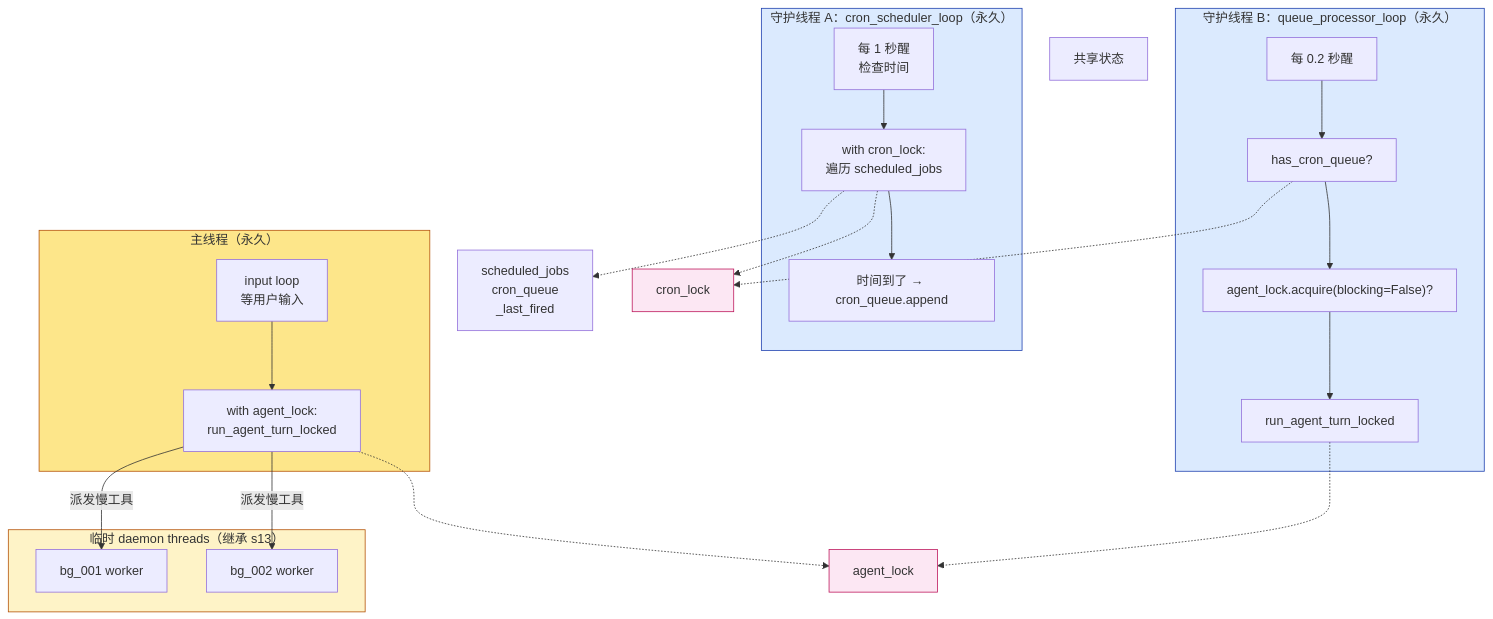
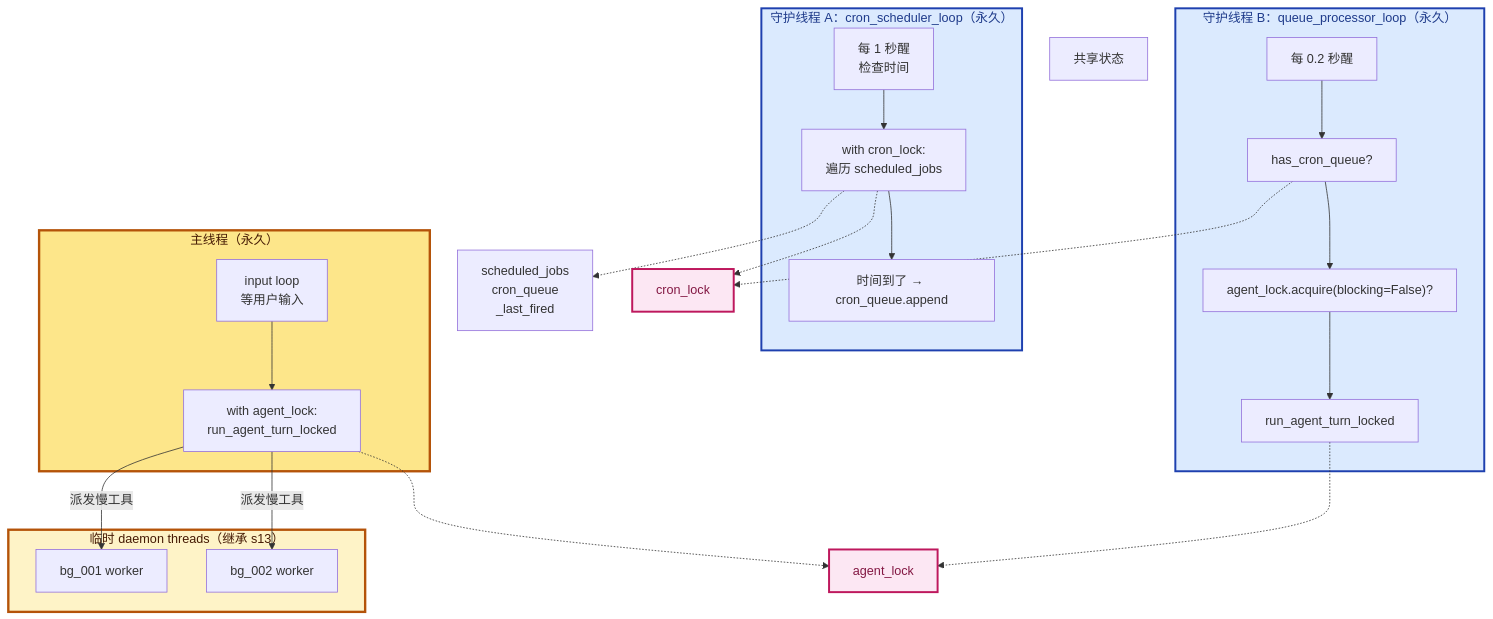
Before and after one commit to PyrePuin/From-Zero-LLM-Agent-Infra-Notes: the third of 3 diagrams in Agent/Harness/Claude Code/Phase 4 - 长时间任务/14 - Cron Scheduler.md, drawn with Mermaid. The commit also changed other lines of this file and 23 other files, not shown here.

First line of the commit message:
refactor(mermaid): 统一所有图的视觉规范

````diff
--- a/Agent/Harness/Claude Code/Phase 4 - 长时间任务/14 - Cron Scheduler.md
+++ b/Agent/Harness/Claude Code/Phase 4 - 长时间任务/14 - Cron Scheduler.md
@@ -468,49 +470,50 @@
 ```mermaid
+%%{init: {'themeVariables': {'fontSize': '16px', 'fontFamily': 'ui-sans-serif, system-ui, -apple-system, "Segoe UI", Roboto, sans-serif'}}}%%
 flowchart TB
     subgraph Main["主线程（永久）"]
         M1["input loop<br/>等用户输入"]
         M2["with agent_lock:<br/>run_agent_turn_locked"]
         M1 --> M2
     end
 
     subgraph Scheduler["守护线程 A：cron_scheduler_loop（永久）"]
         S1["每 1 秒醒<br/>检查时间"]
         S2["with cron_lock:<br/>遍历 scheduled_jobs"]
         S3["时间到了 → cron_queue.append"]
         S1 --> S2 --> S3
     end
 
     subgraph Processor["守护线程 B：queue_processor_loop（永久）"]
         Q1["每 0.2 秒醒"]
         Q2["has_cron_queue?"]
         Q3["agent_lock.acquire(blocking=False)?"]
         Q4["run_agent_turn_locked"]
         Q1 --> Q2 --> Q3 --> Q4
     end
 
     subgraph Daemon["临时 daemon threads（继承 s13）"]
         D1["bg_001 worker"]
         D2["bg_002 worker"]
     end
 
     Shared["共享状态"]
     SJ["scheduled_jobs<br/>cron_queue<br/>_last_fired"]
     AL["agent_lock"]
     CL["cron_lock"]
 
     S2 -.-> CL
     Q2 -.-> CL
     M2 -.-> AL
     Q4 -.-> AL
     S2 -.-> SJ
 
     M2 -->|"派发慢工具"| D1
     M2 -->|"派发慢工具"| D2
 
-    style Main fill:#fde68a,stroke:#b45309
-    style Scheduler fill:#dbeafe,stroke:#1e40af
-    style Processor fill:#dbeafe,stroke:#1e40af
-    style Daemon fill:#fef3c7,stroke:#b45309
-    style AL fill:#fce7f3,stroke:#be185d
-    style CL fill:#fce7f3,stroke:#be185d
+    style Main fill:#fde68a,stroke:#b45309,stroke-width:3px,color:#451a03
+    style Scheduler fill:#dbeafe,stroke:#1e40af,stroke-width:2.5px,color:#1e3a8a
+    style Processor fill:#dbeafe,stroke:#1e40af,stroke-width:2.5px,color:#1e3a8a
+    style Daemon fill:#fef3c7,stroke:#b45309,stroke-width:3px,color:#451a03
+    style AL fill:#fce7f3,stroke:#be185d,stroke-width:2.5px,color:#831843
+    style CL fill:#fce7f3,stroke:#be185d,stroke-width:2.5px,color:#831843
 ```
````
